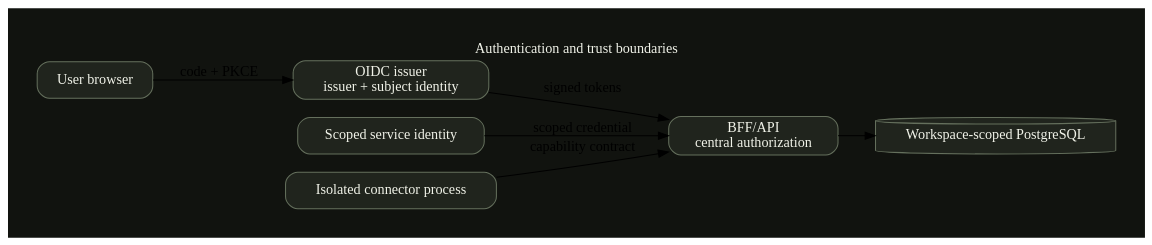
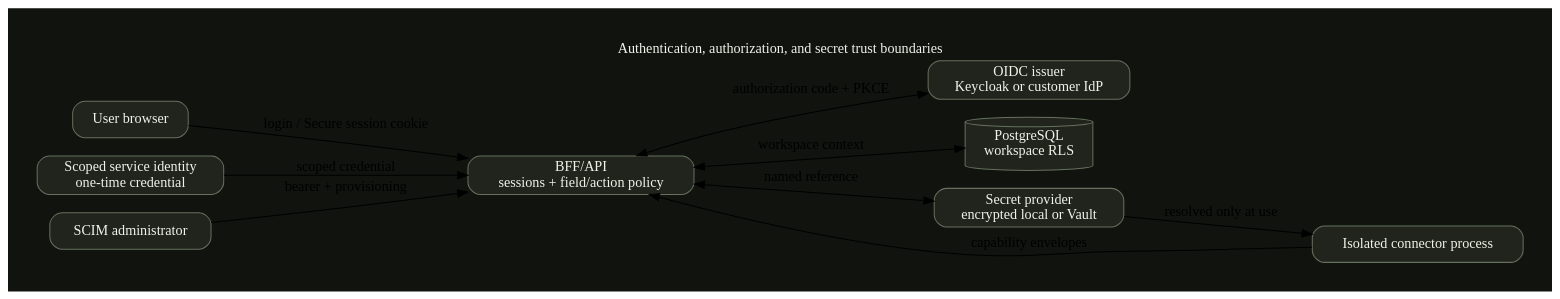
Before and after one commit to dlamaro96/recordlane: the diagram in assets/diagrams/src/auth-trust.dot, drawn with Graphviz. The commit also changed 185 other files, not shown here.

```diff
--- a/assets/diagrams/src/auth-trust.dot
+++ b/assets/diagrams/src/auth-trust.dot
@@ -1,1 +1,1 @@
-digraph G { graph [label="Authentication and trust boundaries",labelloc=t,bgcolor="#11130f",fontcolor="#f1f3e9",pad=.4,rankdir=LR,compound=true]; node [shape=box,style="rounded,filled",fillcolor="#20241d",color="#65705d",fontcolor="#f1f3e9"]; User [label="User browser"]; OIDC [label="OIDC issuer\nissuer + subject identity"]; BFF [label="BFF/API\ncentral authorization"]; DB [shape=cylinder,label="Workspace-scoped PostgreSQL"]; Service [label="Scoped service identity"]; Connector [label="Isolated connector process"]; User -> OIDC [label="code + PKCE"]; OIDC -> BFF [label="signed tokens"]; Service -> BFF [label="scoped credential"]; BFF -> DB; Connector -> BFF [label="capability contract"]; }
+digraph G { graph [label="Authentication, authorization, and secret trust boundaries",labelloc=t,bgcolor="#11130f",fontcolor="#f1f3e9",pad=.4,rankdir=LR,compound=true]; node [shape=box,style="rounded,filled",fillcolor="#20241d",color="#65705d",fontcolor="#f1f3e9"]; User [label="User browser"]; OIDC [label="OIDC issuer\nKeycloak or customer IdP"]; BFF [label="BFF/API\nsessions + field/action policy"]; DB [shape=cylinder,label="PostgreSQL\nworkspace RLS"]; Service [label="Scoped service identity\none-time credential"]; Connector [label="Isolated connector process"]; Secrets [label="Secret provider\nencrypted local or Vault"]; SCIM [label="SCIM administrator"]; User -> BFF [label="login / Secure session cookie"]; BFF -> OIDC [label="authorization code + PKCE",dir=both]; Service -> BFF [label="scoped credential"]; SCIM -> BFF [label="bearer + provisioning"]; BFF -> DB [label="workspace context",dir=both]; Connector -> BFF [label="capability envelopes"]; BFF -> Secrets [label="named reference",dir=both]; Secrets -> Connector [label="resolved only at use"]; }
```
